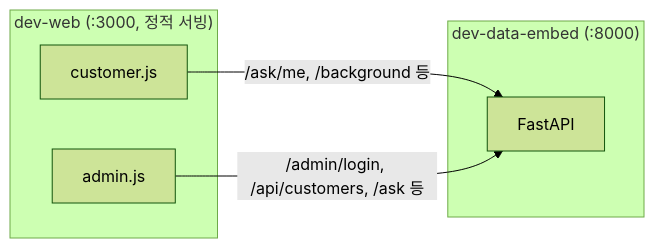
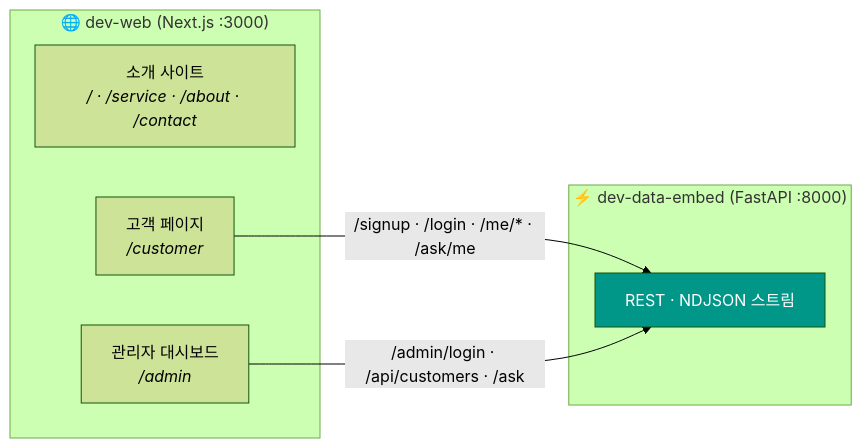
The first of 2 diagrams in README.md (TodayWhatDish/dev-web), drawn with Mermaid (forest theme) before and after one commit. The commit also changed other lines of this file and 1 other file, not shown here.

Commit message:
docs: README를 web/(Next.js) 기준으로 다시 작성 (화면 구성 · 흐름도 · 실행 · 배포 · 보안 한계)

````diff
--- a/README.md
+++ b/README.md
@@ -26,14 +79,17 @@
 ```mermaid
 flowchart LR
-    subgraph "dev-web (:3000, 정적 서빙)"
-        C["customer.js"]
-        Ad["admin.js"]
+    subgraph WEB["🌐 dev-web (Next.js :3000)"]
+        SITE["소개 사이트<br/><i>/ · /service · /about · /contact</i>"]
+        C["고객 페이지<br/><i>/customer</i>"]
+        A["관리자 대시보드<br/><i>/admin</i>"]
     end
 
-    subgraph "dev-data-embed (:8000)"
-        API["FastAPI"]
+    subgraph BE["⚡ dev-data-embed (FastAPI :8000)"]
+        API["REST · NDJSON 스트림"]
     end
 
-    C -->|"/ask/me, /background 등"| API
-    Ad -->|"/admin/login, /api/customers, /ask 등"| API
+    C -->|"/signup · /login · /me/* · /ask/me"| API
+    A -->|"/admin/login · /api/customers · /ask"| API
+
+    style API fill:#009688,color:#fff
 ```
````
